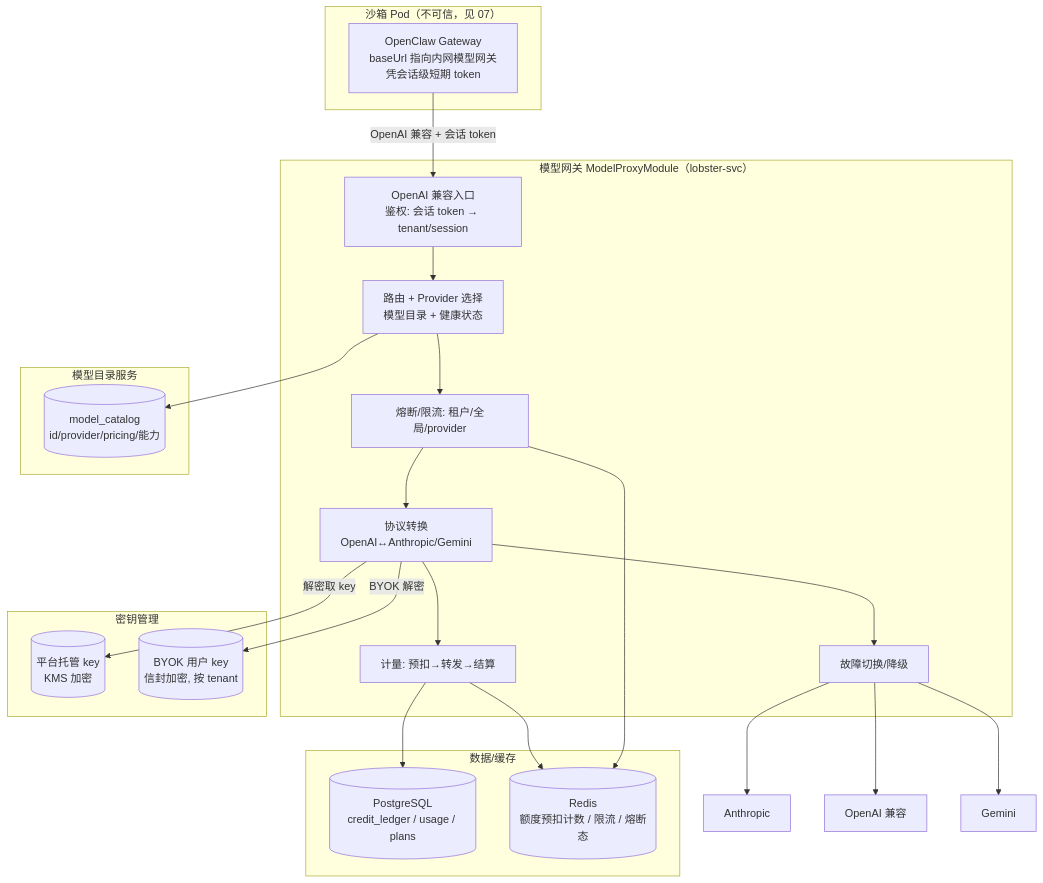
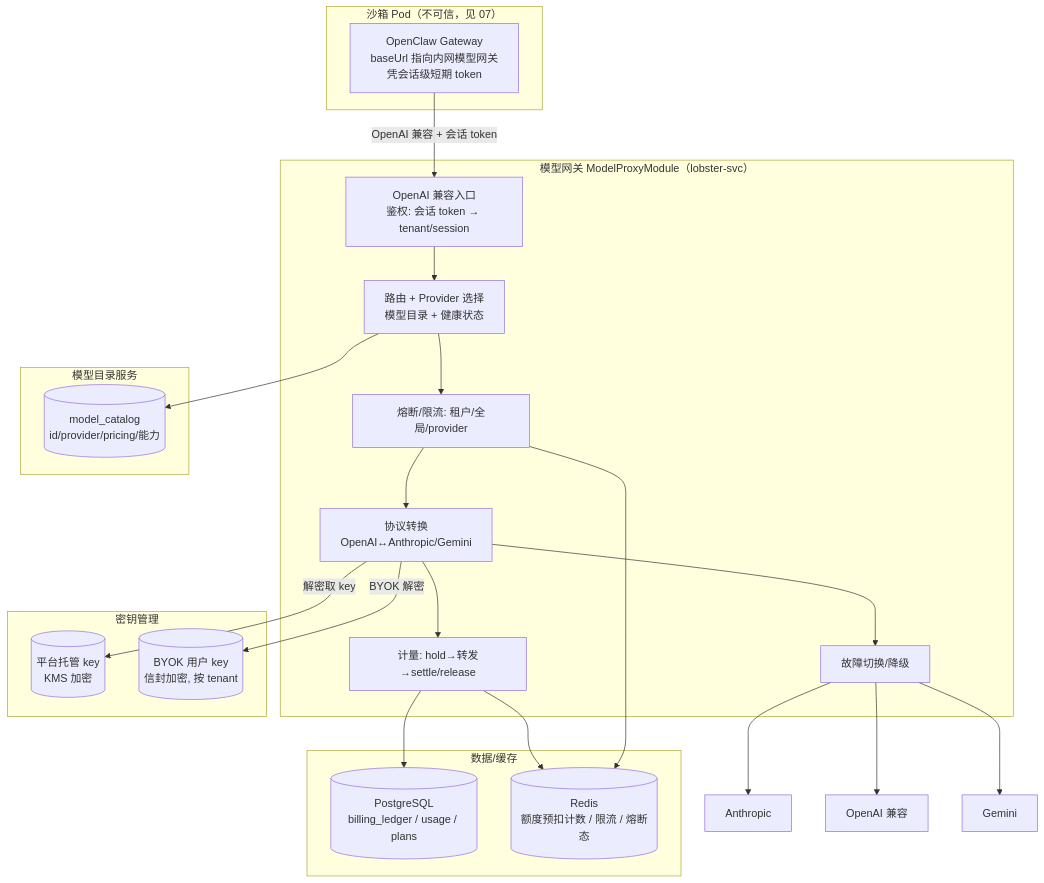
Before and after one commit to edward-ng-duke/LobsterAI: the second of 8 diagrams in 改造计划/09-模型代理与计费.md, drawn with Mermaid. The commit also changed other lines of this file and 27 other files, not shown here.

````diff
--- a/改造计划/09-模型代理与计费.md
+++ b/改造计划/09-模型代理与计费.md
@@ -92,42 +94,42 @@
 ```mermaid
 flowchart TB
   subgraph Sandbox[沙箱 Pod（不可信，见 07）]
     GW[OpenClaw Gateway<br/>baseUrl 指向内网模型网关<br/>凭会话级短期 token]
   end
 
   subgraph MGW[模型网关 ModelProxyModule（lobster-svc）]
     ENTRY[OpenAI 兼容入口<br/>鉴权: 会话 token → tenant/session]
     ROUTE[路由 + Provider 选择<br/>模型目录 + 健康状态]
     XFORM[协议转换<br/>OpenAI↔Anthropic/Gemini]
-    METER[计量: 预扣→转发→结算]
+    METER[计量: hold→转发→settle/release]
     BREAK[熔断/限流: 租户/全局/provider]
     FAILOVER[故障切换/降级]
     ENTRY --> ROUTE --> BREAK --> XFORM --> FAILOVER
     XFORM --> METER
   end
 
   subgraph Vault[密钥管理]
     PK[(平台托管 key<br/>KMS 加密)]
     BK[(BYOK 用户 key<br/>信封加密, 按 tenant)]
   end
 
   subgraph Data[数据/缓存]
-    PG[(PostgreSQL<br/>credit_ledger / usage / plans)]
+    PG[(PostgreSQL<br/>billing_ledger / usage / plans)]
     REDIS[(Redis<br/>额度预扣计数 / 限流 / 熔断态)]
   end
 
   subgraph Catalog[模型目录服务]
     MC[(model_catalog<br/>id/provider/pricing/能力)]
   end
 
   UP1[Anthropic] & UP2[OpenAI 兼容] & UP3[Gemini]
 
   GW -->|OpenAI 兼容 + 会话 token| ENTRY
   ROUTE --> MC
   METER --> REDIS
   METER --> PG
   BREAK --> REDIS
   FAILOVER --> UP1 & UP2 & UP3
   XFORM -->|解密取 key| PK
   XFORM -->|BYOK 解密| BK
 ```
````
